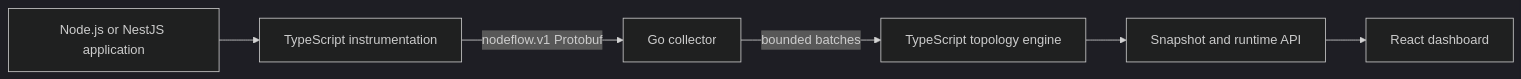
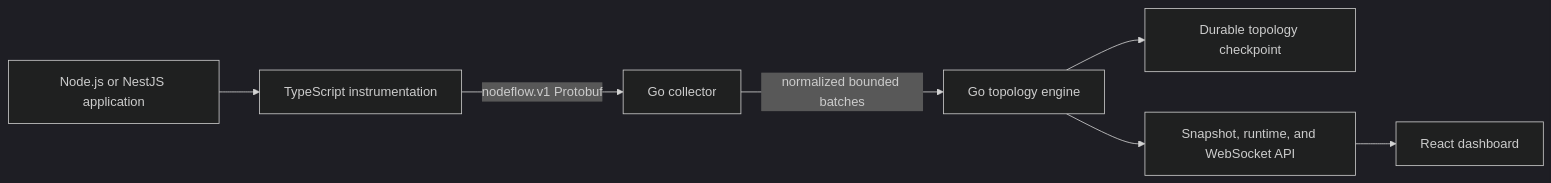
One commit to msHamed1/node-flow changed the second of 2 diagrams in README.md. Above: the diagram before and after it, drawn with Mermaid (dark theme). The commit also changed other lines of this file and 46 other files, not shown here.

````diff
--- a/README.md
+++ b/README.md
@@ -130,8 +130,9 @@
 ```mermaid
 flowchart LR
     App[Node.js or NestJS application] --> TS[TypeScript instrumentation]
     TS -->|nodeflow.v1 Protobuf| Go[Go collector]
-    Go -->|bounded batches| Engine[TypeScript topology engine]
-    Engine --> API[Snapshot and runtime API]
+    Go -->|normalized bounded batches| Engine[Go topology engine]
+    Engine --> State[Durable topology checkpoint]
+    Engine --> API[Snapshot, runtime, and WebSocket API]
     API --> Dashboard[React dashboard]
 ```
````
